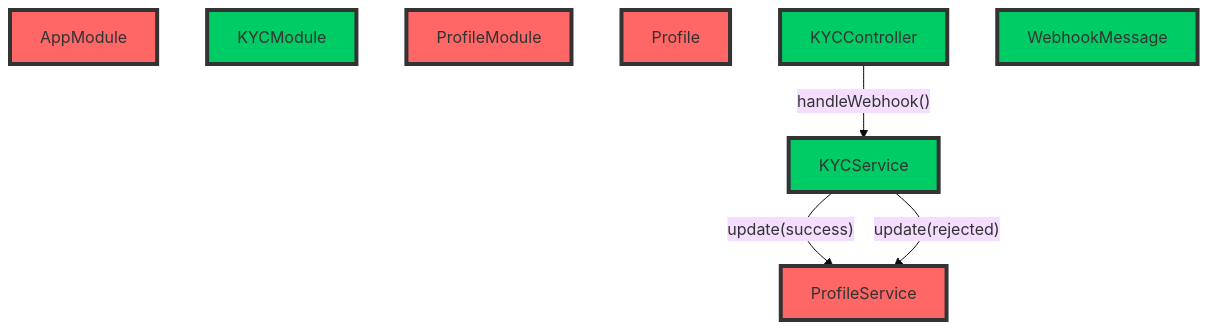
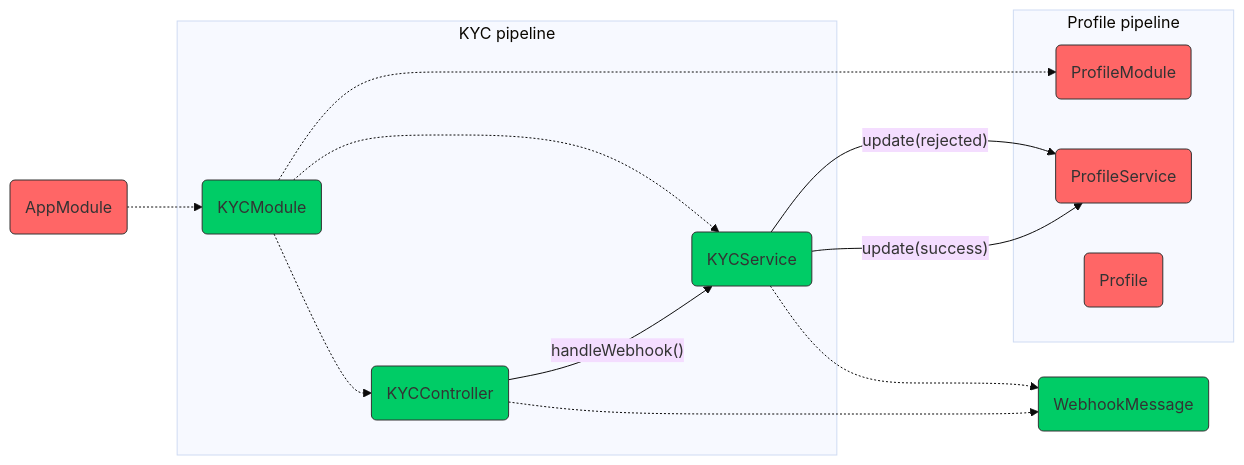
The fourth of 13 diagrams in README.md (boostercloud/kyc-example), drawn with Mermaid (base theme) before and after one commit. The commit also changed other lines of this file and 10 other files, not shown here.

````diff
--- a/README.md
+++ b/README.md
@@ -170,18 +213,26 @@
 ```mermaid
-graph TD;
-    classDef red fill:#ff6666,stroke:#333,stroke-width:4px,color:#333;
-    classDef green fill:#00cc66,stroke:#333,stroke-width:4px,color:#333;
-    A[AppModule];
-    I[KYCModule];
-    B[ProfileModule];
-    F[ProfileService];
-    E[Profile];
-    G[KYCController];
-    H[KYCService];
-    J[WebhookMessage];
-    G -->|"handleWebhook()"| H;
-    H -->|"update(success)"| F;
-    H -->|"update(rejected)"| F;
+graph LR
+    classDef red fill:#ff6666,stroke:#333,stroke-width:1px,color:#333;
+    classDef green fill:#00cc66,stroke:#333,stroke-width:1px,color:#333;
+    A(AppModule)
+    J(WebhookMessage)
+    subgraph KYC pipeline
+        I(KYCModule)
+        G(KYCController) -->|"handleWebhook()"| H(KYCService)
+    end
+    subgraph Profile pipeline
+        B(ProfileModule)
+        F(ProfileService)
+        E(Profile)
+    end
+    H -->|"update(success)"| F
+    H -->|"update(rejected)"| F
+    A -.-> I
+    G -.-> J
+    I -.-> H
+    I -.-> G
+    I -.-> B
+    H -.-> J
     class A,B,F,E red;
     class G,H,I,J green;
 ```
````
